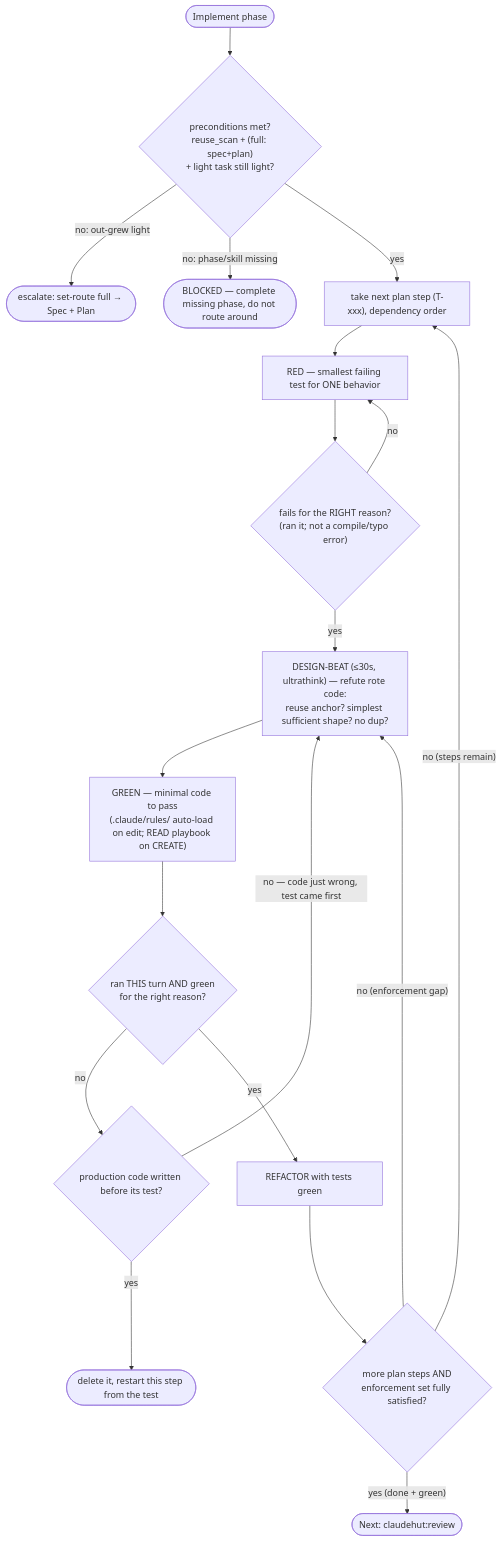
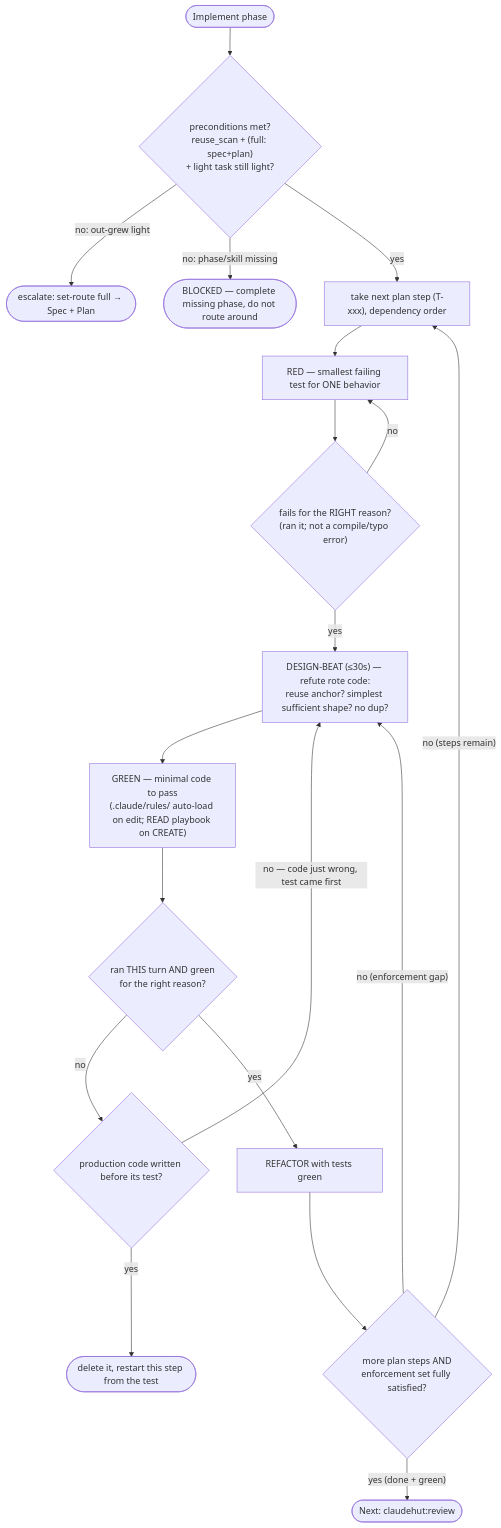
Before and after one commit to taipt1504/claudehut: the diagram in skills/implement/SKILL.md, drawn with Mermaid. The commit also changed other lines of this file and 297 other files, not shown here.

````diff
--- a/skills/implement/SKILL.md
+++ b/skills/implement/SKILL.md
@@ -32,21 +32,21 @@
 ```mermaid
 flowchart TB
     start(["Implement phase"]) --> gate{"preconditions met?<br/>reuse_scan + (full: spec+plan)<br/>+ light task still light?"}
     gate -- "no: out-grew light" --> esc(["escalate: set-route full → Spec + Plan"])
     gate -- "no: phase/skill missing" --> esc2(["BLOCKED — complete missing phase, do not route around"])
     gate -- "yes" --> step["take next plan step (T-xxx), dependency order"]
     step --> red["RED — smallest failing test for ONE behavior"]
     red --> rr{"fails for the RIGHT reason?<br/>(ran it; not a compile/typo error)"}
     rr -- "no" --> red
-    rr -- "yes" --> beat["DESIGN-BEAT (≤30s, ultrathink) — refute rote code:<br/>reuse anchor? simplest sufficient shape? no dup?"]
+    rr -- "yes" --> beat["DESIGN-BEAT (≤30s) — refute rote code:<br/>reuse anchor? simplest sufficient shape? no dup?"]
     beat --> green["GREEN — minimal code to pass<br/>(.claude/rules/ auto-load on edit; READ playbook on CREATE)"]
     green --> ev{"ran THIS turn AND green<br/>for the right reason?"}
     ev -- "no" --> first{"production code written before its test?"}
     first -- "yes" --> del(["delete it, restart this step from the test"])
     first -- "no — code just wrong, test came first" --> beat
     ev -- "yes" --> refactor["REFACTOR with tests green"]
     refactor --> more{"more plan steps AND<br/>enforcement set fully satisfied?"}
     more -- "no (steps remain)" --> step
     more -- "no (enforcement gap)" --> beat
     more -- "yes (done + green)" --> done(["Next: claudehut:review"])
 ```
````
